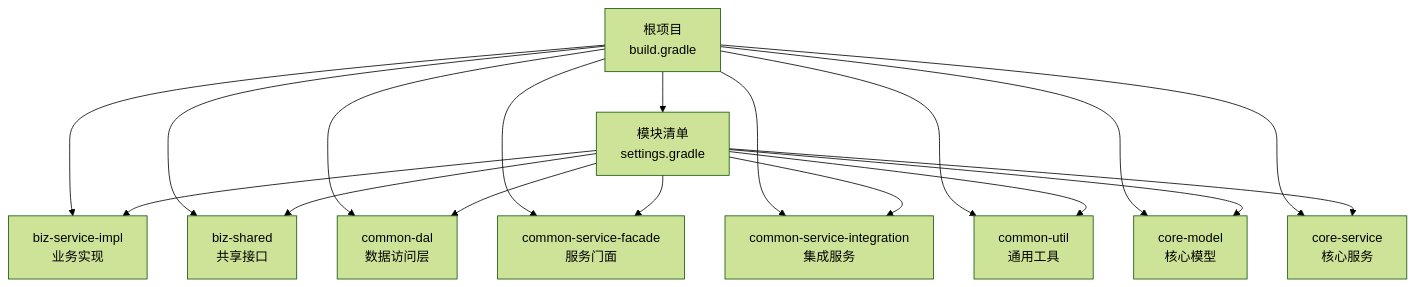
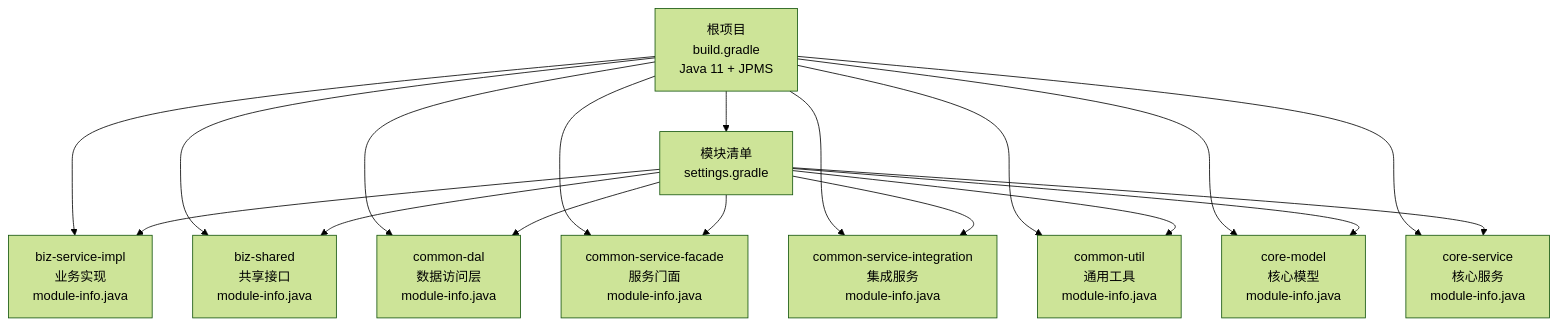
Before and after one commit to magicliang/domain-driven-transaction-sys: the first of 10 diagrams in .qoder/repowiki/zh/content/项目概述/技术栈.md, drawn with Mermaid (forest theme). The commit also changed other lines of this file and 16 other files, not shown here.

````diff
--- a/.qoder/repowiki/zh/content/项目概述/技术栈.md
+++ b/.qoder/repowiki/zh/content/项目概述/技术栈.md
@@ -36,20 +48,20 @@
 ```mermaid
 graph TB
-Root["根项目<br/>build.gradle"] --> Settings["模块清单<br/>settings.gradle"]
-Root --> SubBiz["biz-service-impl<br/>业务实现"]
-Root --> SubShared["biz-shared<br/>共享接口"]
-Root --> SubDAL["common-dal<br/>数据访问层"]
-Root --> SubServiceFacade["common-service-facade<br/>服务门面"]
-Root --> SubServiceIntegration["common-service-integration<br/>集成服务"]
-Root --> SubUtil["common-util<br/>通用工具"]
-Root --> SubCoreModel["core-model<br/>核心模型"]
-Root --> SubCoreService["core-service<br/>核心服务"]
+Root["根项目<br/>build.gradle<br/>Java 11 + JPMS"] --> Settings["模块清单<br/>settings.gradle"]
+Root --> SubBiz["biz-service-impl<br/>业务实现<br/>module-info.java"]
+Root --> SubShared["biz-shared<br/>共享接口<br/>module-info.java"]
+Root --> SubDAL["common-dal<br/>数据访问层<br/>module-info.java"]
+Root --> SubServiceFacade["common-service-facade<br/>服务门面<br/>module-info.java"]
+Root --> SubServiceIntegration["common-service-integration<br/>集成服务<br/>module-info.java"]
+Root --> SubUtil["common-util<br/>通用工具<br/>module-info.java"]
+Root --> SubCoreModel["core-model<br/>核心模型<br/>module-info.java"]
+Root --> SubCoreService["core-service<br/>核心服务<br/>module-info.java"]
 Settings --> SubBiz
 Settings --> SubShared
 Settings --> SubDAL
 Settings --> SubServiceFacade
 Settings --> SubServiceIntegration
 Settings --> SubUtil
 Settings --> SubCoreModel
 Settings --> SubCoreService
 ```
````
